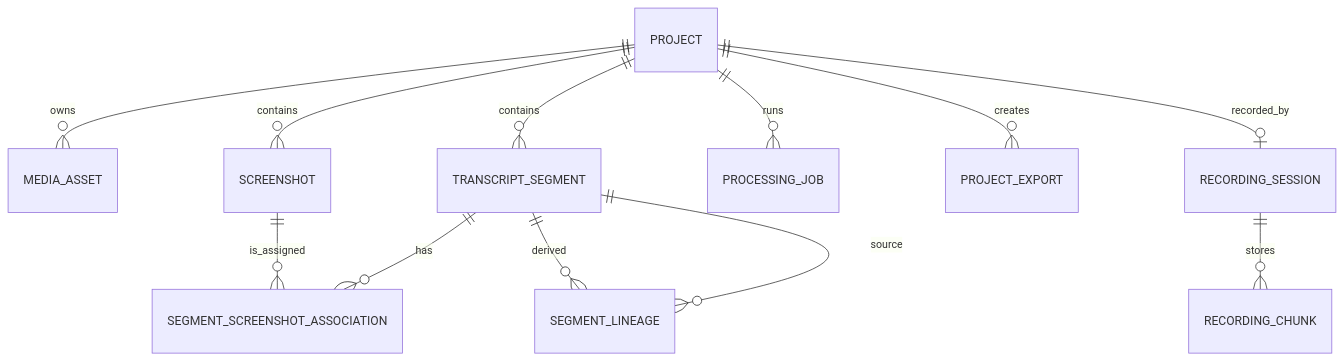
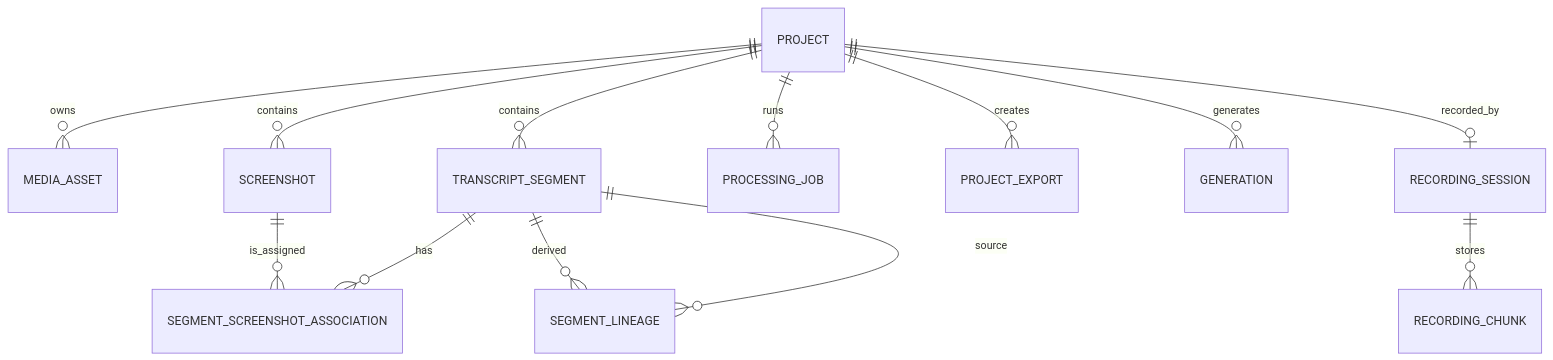
One commit to AjimuZ/narrastep changed the diagram in docs/DATA_MODEL.md. Above: the diagram before and after it, drawn with Mermaid. The commit also changed other lines of this file and 26 other files, not shown here.

````diff
--- a/docs/DATA_MODEL.md
+++ b/docs/DATA_MODEL.md
@@ -5,14 +5,15 @@
 ```mermaid
 erDiagram
     PROJECT ||--o{ MEDIA_ASSET : owns
     PROJECT ||--o{ TRANSCRIPT_SEGMENT : contains
     PROJECT ||--o{ SCREENSHOT : contains
     PROJECT ||--o{ PROCESSING_JOB : runs
     PROJECT ||--o{ PROJECT_EXPORT : creates
+    PROJECT ||--o{ GENERATION : generates
     PROJECT ||--o| RECORDING_SESSION : recorded_by
     RECORDING_SESSION ||--o{ RECORDING_CHUNK : stores
     TRANSCRIPT_SEGMENT ||--o{ SEGMENT_SCREENSHOT_ASSOCIATION : has
     SCREENSHOT ||--o{ SEGMENT_SCREENSHOT_ASSOCIATION : is_assigned
     TRANSCRIPT_SEGMENT ||--o{ SEGMENT_LINEAGE : source
     TRANSCRIPT_SEGMENT ||--o{ SEGMENT_LINEAGE : derived
 ```
````
